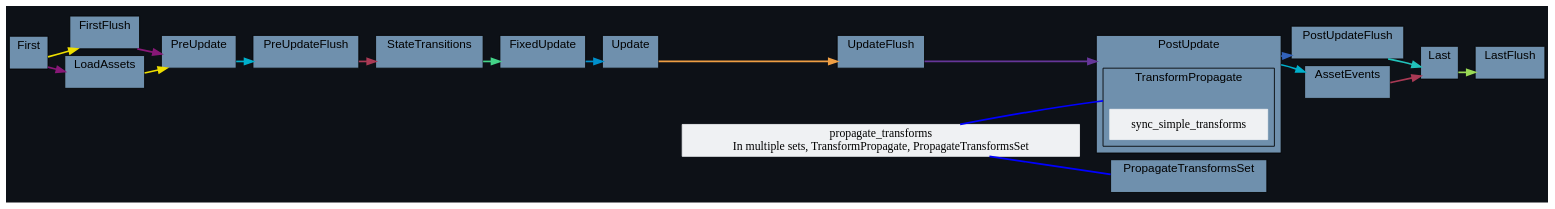
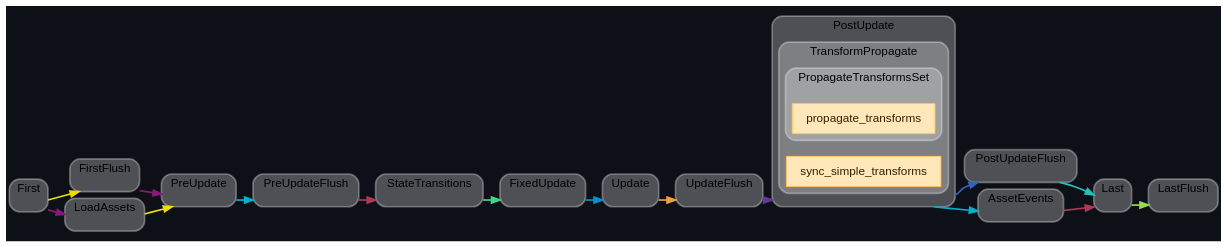
One commit to jakobhellermann/bevy_mod_debugdump changed the diagram in docs/schedule/by-crate/dark/schedule_Main_bevy_transform.dot. Above: the diagram before and after it, drawn with Graphviz. The commit also changed 97 other files, not shown here.

```diff
--- a/docs/schedule/by-crate/dark/schedule_Main_bevy_transform.dot
+++ b/docs/schedule/by-crate/dark/schedule_Main_bevy_transform.dot
@@ -1,157 +1,187 @@
 digraph "" {
 	"compound"="true";
 	"splines"="spline";
 	"rankdir"="LR";
 	"bgcolor"="#0d1117";
 	"fontname"="Helvetica";
+	"nodesep"="0.15";
 	edge ["penwidth"="2"];
-	node ["shape"="box", "style"="filled", "fillcolor"="#eff1f3", "color"="#eff1f3"];
+	node ["shape"="box", "style"="filled"];
 	subgraph "clusternode_Set(0)" {
+		"style"="rounded,filled";
 		"label"="Update";
 		"tooltip"="Update";
-		"bgcolor"="#6f90ad";
-		"color"="black";
+		"fillcolor"="#ffffff44";
+		"color"="#ffffff50";
+		"penwidth"="2";
 		"set_marker_node_Set(0)" ["style"="invis", "label"="", "height"="0", "shape"="point"]
 	}
 	
 	subgraph "clusternode_Set(2)" {
+		"style"="rounded,filled";
 		"label"="FirstFlush";
 		"tooltip"="FirstFlush";
-		"bgcolor"="#6f90ad";
-		"color"="black";
+		"fillcolor"="#ffffff44";
+		"color"="#ffffff50";
+		"penwidth"="2";
 		"set_marker_node_Set(2)" ["style"="invis", "label"="", "height"="0", "shape"="point"]
 	}
 	
 	subgraph "clusternode_Set(3)" {
+		"style"="rounded,filled";
 		"label"="PreUpdateFlush";
 		"tooltip"="PreUpdateFlush";
-		"bgcolor"="#6f90ad";
-		"color"="black";
+		"fillcolor"="#ffffff44";
+		"color"="#ffffff50";
+		"penwidth"="2";
 		"set_marker_node_Set(3)" ["style"="invis", "label"="", "height"="0", "shape"="point"]
 	}
 	
 	subgraph "clusternode_Set(4)" {
+		"style"="rounded,filled";
 		"label"="UpdateFlush";
 		"tooltip"="UpdateFlush";
-		"bgcolor"="#6f90ad";
-		"color"="black";
+		"fillcolor"="#ffffff44";
+		"color"="#ffffff50";
+		"penwidth"="2";
 		"set_marker_node_Set(4)" ["style"="invis", "label"="", "height"="0", "shape"="point"]
 	}
 	
 	subgraph "clusternode_Set(5)" {
+		"style"="rounded,filled";
 		"label"="PostUpdateFlush";
 		"tooltip"="PostUpdateFlush";
-		"bgcolor"="#6f90ad";
-		"color"="black";
+		"fillcolor"="#ffffff44";
+		"color"="#ffffff50";
+		"penwidth"="2";
 		"set_marker_node_Set(5)" ["style"="invis", "label"="", "height"="0", "shape"="point"]
 	}
 	
 	subgraph "clusternode_Set(6)" {
+		"style"="rounded,filled";
 		"label"="LastFlush";
 		"tooltip"="LastFlush";
-		"bgcolor"="#6f90ad";
-		"color"="black";
+		"fillcolor"="#ffffff44";
+		"color"="#ffffff50";
+		"penwidth"="2";
 		"set_marker_node_Set(6)" ["style"="invis", "label"="", "height"="0", "shape"="point"]
 	}
 	
 	subgraph "clusternode_Set(7)" {
+		"style"="rounded,filled";
 		"label"="First";
 		"tooltip"="First";
-		"bgcolor"="#6f90ad";
-		"color"="black";
+		"fillcolor"="#ffffff44";
+		"color"="#ffffff50";
+		"penwidth"="2";
 		"set_marker_node_Set(7)" ["style"="invis", "label"="", "height"="0", "shape"="point"]
 	}
 	
 	subgraph "clusternode_Set(8)" {
+		"style"="rounded,filled";
 		"label"="PreUpdate";
 		"tooltip"="PreUpdate";
-		"bgcolor"="#6f90ad";
-		"color"="black";
+		"fillcolor"="#ffffff44";
+		"color"="#ffffff50";
+		"penwidth"="2";
 		"set_marker_node_Set(8)" ["style"="invis", "label"="", "height"="0", "shape"="point"]
 	}
 	
 	subgraph "clusternode_Set(9)" {
+		"style"="rounded,filled";
 		"label"="StateTransitions";
 		"tooltip"="StateTransitions";
-		"bgcolor"="#6f90ad";
-		"color"="black";
+		"fillcolor"="#ffffff44";
+		"color"="#ffffff50";
+		"penwidth"="2";
 		"set_marker_node_Set(9)" ["style"="invis", "label"="", "height"="0", "shape"="point"]
 	}
 	
 	subgraph "clusternode_Set(10)" {
+		"style"="rounded,filled";
 		"label"="FixedUpdate";
 		"tooltip"="FixedUpdate";
-		"bgcolor"="#6f90ad";
-		"color"="black";
+		"fillcolor"="#ffffff44";
+		"color"="#ffffff50";
+		"penwidth"="2";
 		"set_marker_node_Set(10)" ["style"="invis", "label"="", "height"="0", "shape"="point"]
 	}
 	
 	subgraph "clusternode_Set(11)" {
+		"style"="rounded,filled";
 		"label"="PostUpdate";
 		"tooltip"="PostUpdate";
-		"bgcolor"="#6f90ad";
-		"color"="black";
+		"fillcolor"="#ffffff44";
+		"color"="#ffffff50";
+		"penwidth"="2";
 		"set_marker_node_Set(11)" ["style"="invis", "label"="", "height"="0", "shape"="point"]
 		subgraph "clusternode_Set(20)" {
+			"style"="rounded,filled";
 			"label"="TransformPropagate";
 			"tooltip"="TransformPropagate";
-			"bgcolor"="#6f90ad";
-			"color"="black";
+			"fillcolor"="#ffffff44";
+			"color"="#ffffff50";
+			"penwidth"="2";
 			"set_marker_node_Set(20)" ["style"="invis", "label"="", "height"="0", "shape"="point"]
-			"node_System(11)" ["label"="sync_simple_transforms", "tooltip"="bevy_transform::systems::sync_simple_transforms"]
+			subgraph "clusternode_Set(21)" {
+				"style"="rounded,filled";
+				"label"="PropagateTransformsSet";
+				"tooltip"="PropagateTransformsSet";
+				"fillcolor"="#ffffff44";
+				"color"="#ffffff50";
+				"penwidth"="2";
+				"set_marker_node_Set(21)" ["style"="invis", "label"="", "height"="0", "shape"="point"]
+				"node_System(12)" ["label"="propagate_transforms", "tooltip"="bevy_transform::systems::propagate_transforms", "fillcolor"="#ffe7b9", "fontname"="Helvetica", "fontcolor"="#322100", "color"="#ffc453", "penwidth"="1"]
+			}
+			
+			"node_System(11)" ["label"="sync_simple_transforms", "tooltip"="bevy_transform::systems::sync_simple_transforms", "fillcolor"="#ffe7b9", "fontname"="Helvetica", "fontcolor"="#322100", "color"="#ffc453", "penwidth"="1"]
 		}
 		
 	}
 	
 	subgraph "clusternode_Set(12)" {
+		"style"="rounded,filled";
 		"label"="Last";
 		"tooltip"="Last";
-		"bgcolor"="#6f90ad";
-		"color"="black";
+		"fillcolor"="#ffffff44";
+		"color"="#ffffff50";
+		"penwidth"="2";
 		"set_marker_node_Set(12)" ["style"="invis", "label"="", "height"="0", "shape"="point"]
 	}
 	
-	subgraph "clusternode_Set(22)" {
-		"label"="PropagateTransformsSet";
-		"tooltip"="PropagateTransformsSet";
-		"bgcolor"="#6f90ad";
-		"color"="black";
-		"set_marker_node_Set(22)" ["style"="invis", "label"="", "height"="0", "shape"="point"]
-	}
-	
 	subgraph "clusternode_Set(59)" {
+		"style"="rounded,filled";
 		"label"="LoadAssets";
 		"tooltip"="LoadAssets";
-		"bgcolor"="#6f90ad";
-		"color"="black";
+		"fillcolor"="#ffffff44";
+		"color"="#ffffff50";
+		"penwidth"="2";
 		"set_marker_node_Set(59)" ["style"="invis", "label"="", "height"="0", "shape"="point"]
 	}
 	
 	subgraph "clusternode_Set(60)" {
+		"style"="rounded,filled";
 		"label"="AssetEvents";
 		"tooltip"="AssetEvents";
-		"bgcolor"="#6f90ad";
-		"color"="black";
+		"fillcolor"="#ffffff44";
+		"color"="#ffffff50";
+		"penwidth"="2";
 		"set_marker_node_Set(60)" ["style"="invis", "label"="", "height"="0", "shape"="point"]
 	}
 	
-	"node_System(12)" -> "set_marker_node_Set(20)" ["dir"="none", "color"="blue", "lhead"="clusternode_Set(20)"]
-	"node_System(12)" -> "set_marker_node_Set(22)" ["dir"="none", "color"="blue", "lhead"="clusternode_Set(22)"]
-	"node_System(12)" ["label"="propagate_transforms
-In multiple sets, TransformPropagate, PropagateTransformsSet", "tooltip"="bevy_transform::systems::propagate_transforms"]
 	"set_marker_node_Set(7)" -> "set_marker_node_Set(2)" ["lhead"="clusternode_Set(2)", "ltail"="clusternode_Set(7)", "tooltip"="First → FirstFlush", "color"="#eede00"]
 	"set_marker_node_Set(2)" -> "set_marker_node_Set(8)" ["lhead"="clusternode_Set(8)", "ltail"="clusternode_Set(2)", "tooltip"="FirstFlush → PreUpdate", "color"="#881877"]
 	"set_marker_node_Set(8)" -> "set_marker_node_Set(3)" ["lhead"="clusternode_Set(3)", "ltail"="clusternode_Set(8)", "tooltip"="PreUpdate → PreUpdateFlush", "color"="#00b0cc"]
 	"set_marker_node_Set(3)" -> "set_marker_node_Set(9)" ["lhead"="clusternode_Set(9)", "ltail"="clusternode_Set(3)", "tooltip"="PreUpdateFlush → StateTransitions", "color"="#aa3a55"]
 	"set_marker_node_Set(9)" -> "set_marker_node_Set(10)" ["lhead"="clusternode_Set(10)", "ltail"="clusternode_Set(9)", "tooltip"="StateTransitions → FixedUpdate", "color"="#44d488"]
 	"set_marker_node_Set(10)" -> "set_marker_node_Set(0)" ["lhead"="clusternode_Set(0)", "ltail"="clusternode_Set(10)", "tooltip"="FixedUpdate → Update", "color"="#0090cc"]
 	"set_marker_node_Set(0)" -> "set_marker_node_Set(4)" ["lhead"="clusternode_Set(4)", "ltail"="clusternode_Set(0)", "tooltip"="Update → UpdateFlush", "color"="#ee9e44"]
 	"set_marker_node_Set(4)" -> "set_marker_node_Set(11)" ["lhead"="clusternode_Set(11)", "ltail"="clusternode_Set(4)", "tooltip"="UpdateFlush → PostUpdate", "color"="#663699"]
 	"set_marker_node_Set(11)" -> "set_marker_node_Set(5)" ["lhead"="clusternode_Set(5)", "ltail"="clusternode_Set(11)", "tooltip"="PostUpdate → PostUpdateFlush", "color"="#3363bb"]
 	"set_marker_node_Set(5)" -> "set_marker_node_Set(12)" ["lhead"="clusternode_Set(12)", "ltail"="clusternode_Set(5)", "tooltip"="PostUpdateFlush → Last", "color"="#22c2bb"]
 	"set_marker_node_Set(12)" -> "set_marker_node_Set(6)" ["lhead"="clusternode_Set(6)", "ltail"="clusternode_Set(12)", "tooltip"="Last → LastFlush", "color"="#99d955"]
 	"set_marker_node_Set(59)" -> "set_marker_node_Set(8)" ["lhead"="clusternode_Set(8)", "ltail"="clusternode_Set(59)", "tooltip"="LoadAssets → PreUpdate", "color"="#eede00"]
 	"set_marker_node_Set(7)" -> "set_marker_node_Set(59)" ["lhead"="clusternode_Set(59)", "ltail"="clusternode_Set(7)", "tooltip"="First → LoadAssets", "color"="#881877"]
 	"set_marker_node_Set(11)" -> "set_marker_node_Set(60)" ["lhead"="clusternode_Set(60)", "ltail"="clusternode_Set(11)", "tooltip"="PostUpdate → AssetEvents", "color"="#00b0cc"]
 	"set_marker_node_Set(60)" -> "set_marker_node_Set(12)" ["lhead"="clusternode_Set(12)", "ltail"="clusternode_Set(60)", "tooltip"="AssetEvents → Last", "color"="#aa3a55"]
 }
```
